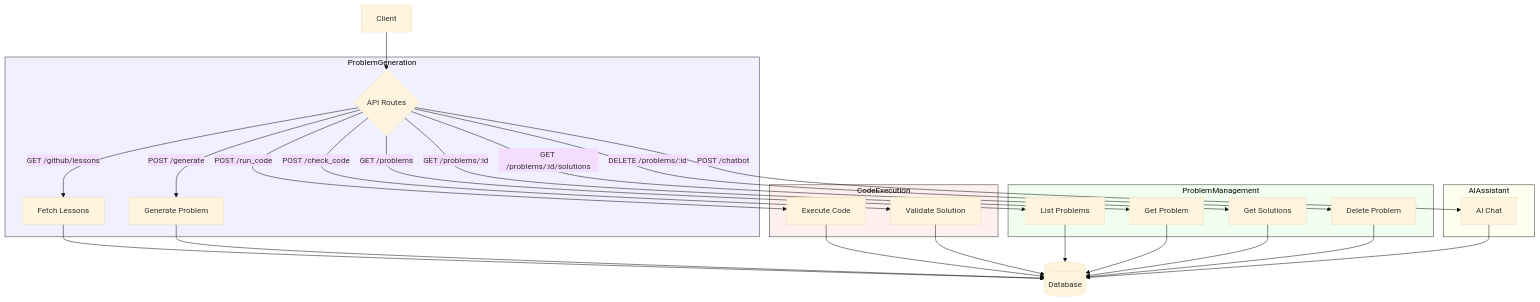
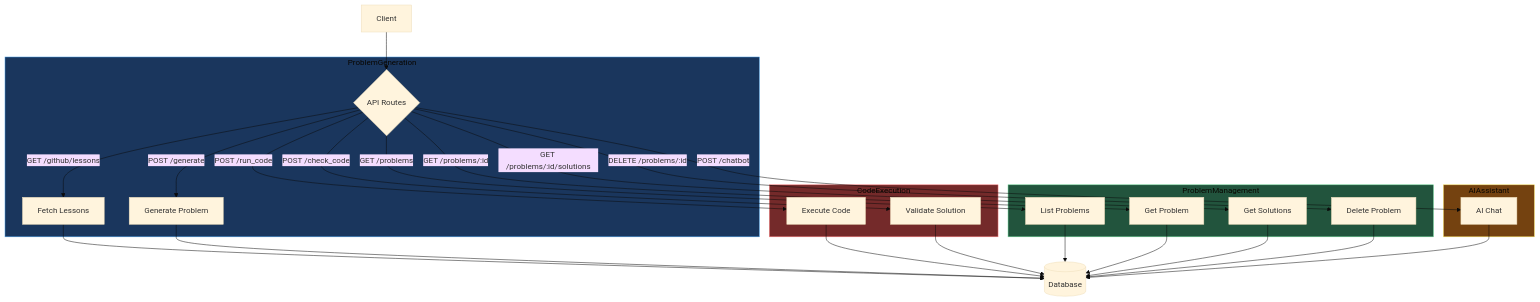
One commit to PatrickJYKang/problem_generator changed the eighth of 8 diagrams in docs/DeveloperReference.md. Above: the diagram before and after it, drawn with Mermaid (base theme). The commit also changed 12 other files, not shown here.

````diff
--- a/docs/DeveloperReference.md
+++ b/docs/DeveloperReference.md
@@ -395,40 +395,40 @@
 ```mermaid
 flowchart TD
     A[Client] --> B{"API Routes"}
     
     subgraph ProblemGeneration
         B -->|GET /github/lessons| C[Fetch Lessons]
         B -->|POST /generate| D[Generate Problem]
     end
     
     subgraph CodeExecution
         B -->|POST /run_code| E[Execute Code]
         B -->|POST /check_code| F[Validate Solution]
     end
     
     subgraph ProblemManagement
         B -->|GET /problems| G[List Problems]
         B -->|GET /problems/:id| H[Get Problem]
         B -->|GET /problems/:id/solutions| I[Get Solutions]
         B -->|DELETE /problems/:id| J[Delete Problem]
     end
     
     subgraph AIAssistant
         B -->|POST /chatbot| K[AI Chat]
     end
     
     C --> L[(Database)]
     D --> L
     E --> L
     F --> L
     G --> L
     H --> L
     I --> L
     J --> L
     K --> L
     
-    style ProblemGeneration fill:#f0f0ff,stroke:#333,stroke-width:1px
-    style CodeExecution fill:#fff0f0,stroke:#333,stroke-width:1px
-    style ProblemManagement fill:#f0fff0,stroke:#333,stroke-width:1px
-    style AIAssistant fill:#fffff0,stroke:#333,stroke-width:1px
+    style ProblemGeneration fill:#1A365D,stroke:#4299E1,stroke-width:1px
+    style CodeExecution fill:#742A2A,stroke:#FC8181,stroke-width:1px
+    style ProblemManagement fill:#22543D,stroke:#68D391,stroke-width:1px
+    style AIAssistant fill:#744210,stroke:#F6E05E,stroke-width:1px
 ```
````
